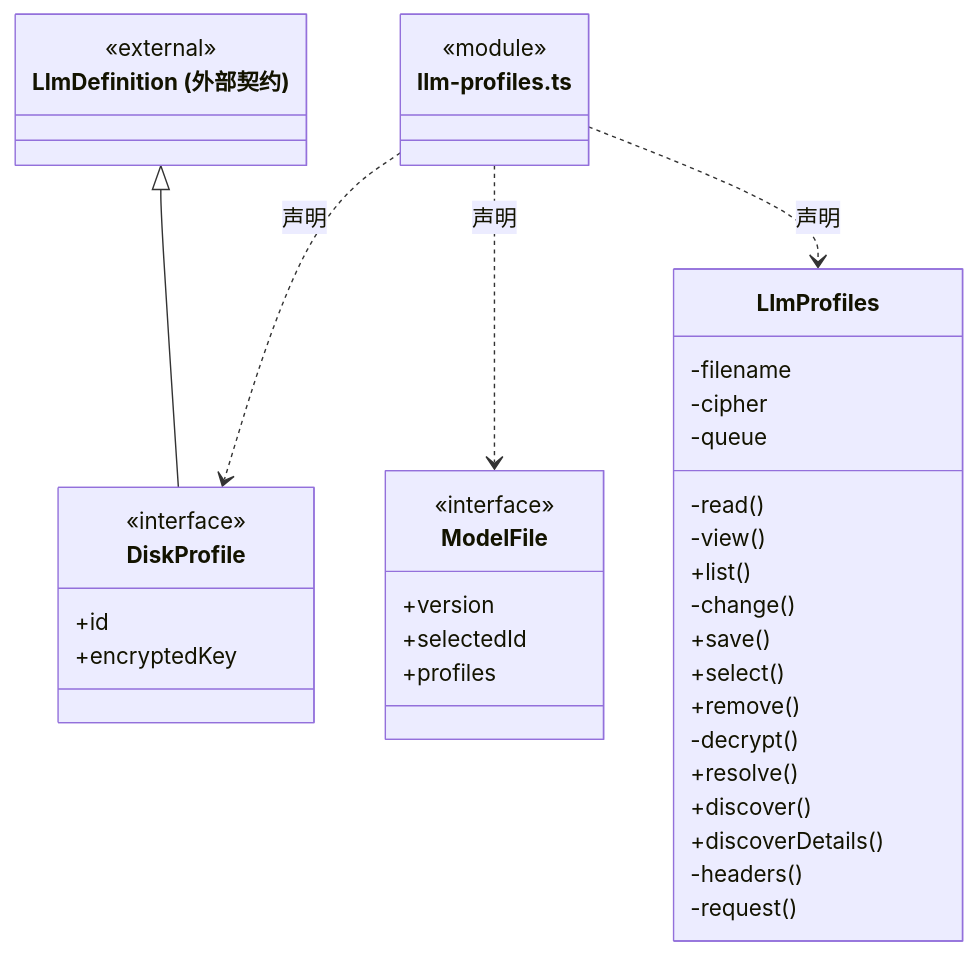
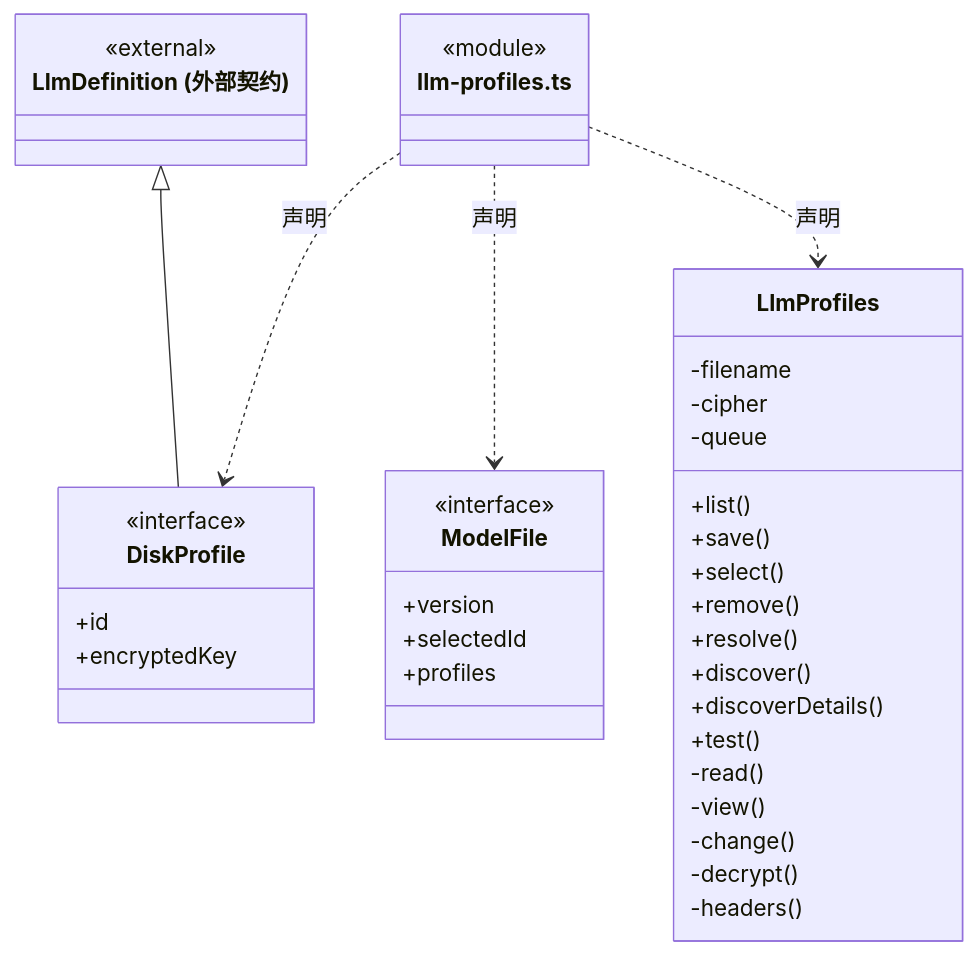
One commit to nan023062/cbim changed the first of 2 diagrams in src/backend/main/persistence/settings/ARCHITECTURE.md. Above: the diagram before and after it, drawn with Mermaid. The commit also changed other lines of this file and 240 other files, not shown here.

````diff
--- a/src/backend/main/persistence/settings/ARCHITECTURE.md
+++ b/src/backend/main/persistence/settings/ARCHITECTURE.md
@@ -19,42 +21,42 @@
 ```mermaid
 classDiagram
 class N_src_backend_main_persistence_settings_llm_profiles_ts["llm-profiles.ts"] {
   <<module>>
 }
 class N_src_backend_main_persistence_settings_llm_profiles_ts_DiskProfile["DiskProfile"] {
   <<interface>>
   +id
   +encryptedKey
 }
 N_src_backend_main_persistence_settings_llm_profiles_ts ..> N_src_backend_main_persistence_settings_llm_profiles_ts_DiskProfile : 声明
 class N_src_backend_main_persistence_settings_llm_profiles_ts_external_LlmDefinition["LlmDefinition (外部契约)"] {
   <<external>>
 }
 N_src_backend_main_persistence_settings_llm_profiles_ts_external_LlmDefinition <|-- N_src_backend_main_persistence_settings_llm_profiles_ts_DiskProfile
 class N_src_backend_main_persistence_settings_llm_profiles_ts_ModelFile["ModelFile"] {
   <<interface>>
   +version
   +selectedId
   +profiles
 }
 N_src_backend_main_persistence_settings_llm_profiles_ts ..> N_src_backend_main_persistence_settings_llm_profiles_ts_ModelFile : 声明
 class N_src_backend_main_persistence_settings_llm_profiles_ts_LlmProfiles["LlmProfiles"] {
+  +list()
+  +save()
+  +select()
+  +remove()
+  +resolve()
+  +discover()
+  +discoverDetails()
+  +test()
   -filename
   -cipher
   -queue
   -read()
   -view()
-  +list()
   -change()
-  +save()
-  +select()
-  +remove()
   -decrypt()
-  +resolve()
-  +discover()
-  +discoverDetails()
   -headers()
-  -request()
 }
 N_src_backend_main_persistence_settings_llm_profiles_ts ..> N_src_backend_main_persistence_settings_llm_profiles_ts_LlmProfiles : 声明
 ```
````
